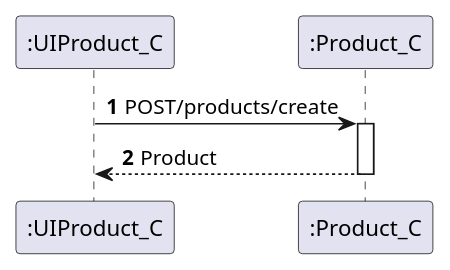
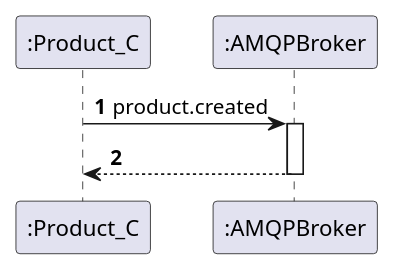
One commit to 1201441BrunoPereira/Trabalho2Products changed the diagram in Product1_C/Documentacao/Nivel2/Post.puml. Above: the diagram before and after it, drawn with PlantUML. The commit also changed 10 other files, not shown here.

Commit message:
Atualização diagramas

```diff
--- a/Product1_C/Documentacao/Nivel2/Post.puml
+++ b/Product1_C/Documentacao/Nivel2/Post.puml
@@ -1,12 +1,12 @@
 @startuml
 'https://plantuml.com/sequence-diagram
 
 autoactivate on
 autonumber
 
-participant ":UIProduct_C" as pro1
-participant ":Product_C" as pro
+participant ":Product_C" as pro1
+participant ":AMQPBroker" as pro
 
-pro1 -> pro: POST/products/create
-pro --> pro1: Product
+pro1 -> pro: product.created
+pro --> pro1:
 @enduml
```
